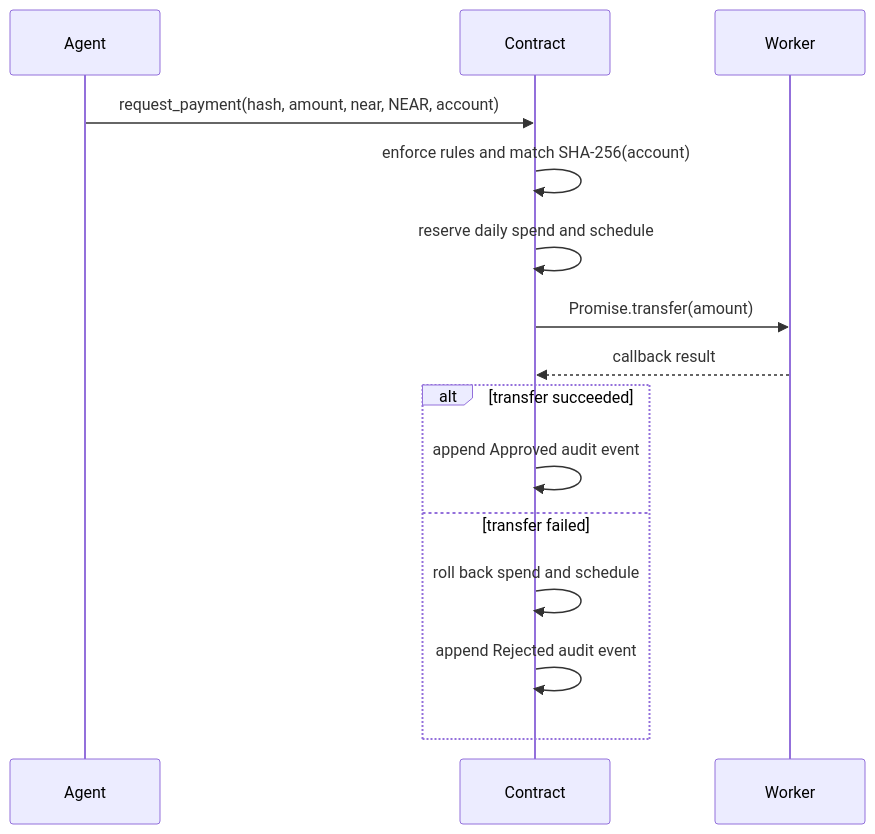
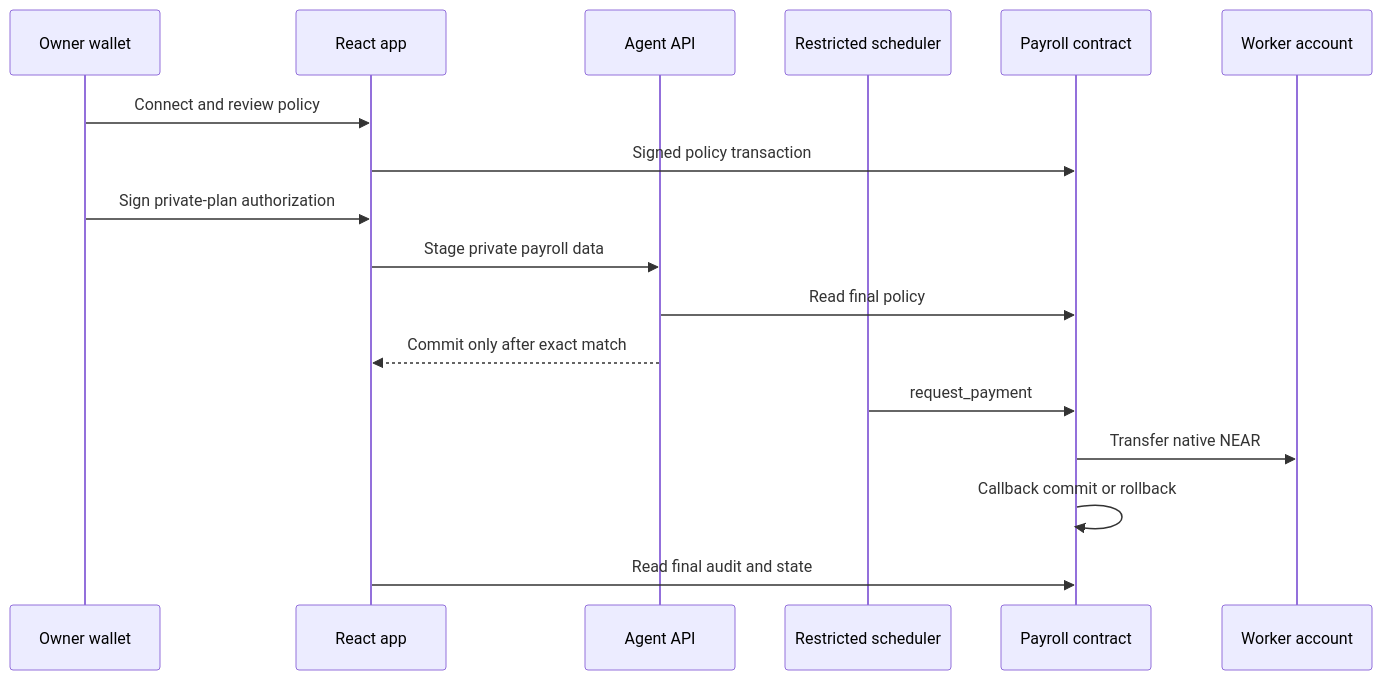
The diagram in docs/ARCHITECTURE.md (arinze116/Clavis), drawn with Mermaid before and after one commit. The commit also changed other lines of this file and 32 other files, not shown here.

````diff
--- a/docs/ARCHITECTURE.md
+++ b/docs/ARCHITECTURE.md
@@ -24,18 +31,20 @@
 ```mermaid
 sequenceDiagram
-    participant Agent
-    participant Contract
-    participant Worker
+    participant Owner as Owner wallet
+    participant UI as React app
+    participant API as Agent API
+    participant Agent as Restricted scheduler
+    participant Contract as Payroll contract
+    participant Worker as Worker account
 
-    Agent->>Contract: request_payment(hash, amount, near, NEAR, account)
-    Contract->>Contract: enforce rules and match SHA-256(account)
-    Contract->>Contract: reserve daily spend and schedule
-    Contract->>Worker: Promise.transfer(amount)
-    Worker-->>Contract: callback result
-    alt transfer succeeded
-        Contract->>Contract: append Approved audit event
-    else transfer failed
-        Contract->>Contract: roll back spend and schedule
-        Contract->>Contract: append Rejected audit event
-    end
+    Owner->>UI: Connect and review policy
+    UI->>Contract: Signed policy transaction
+    Owner->>UI: Sign private-plan authorization
+    UI->>API: Stage private payroll data
+    API->>Contract: Read final policy
+    API-->>UI: Commit only after exact match
+    Agent->>Contract: request_payment
+    Contract->>Worker: Transfer native NEAR
+    Contract->>Contract: Callback commit or rollback
+    UI->>Contract: Read final audit and state
 ```
````
